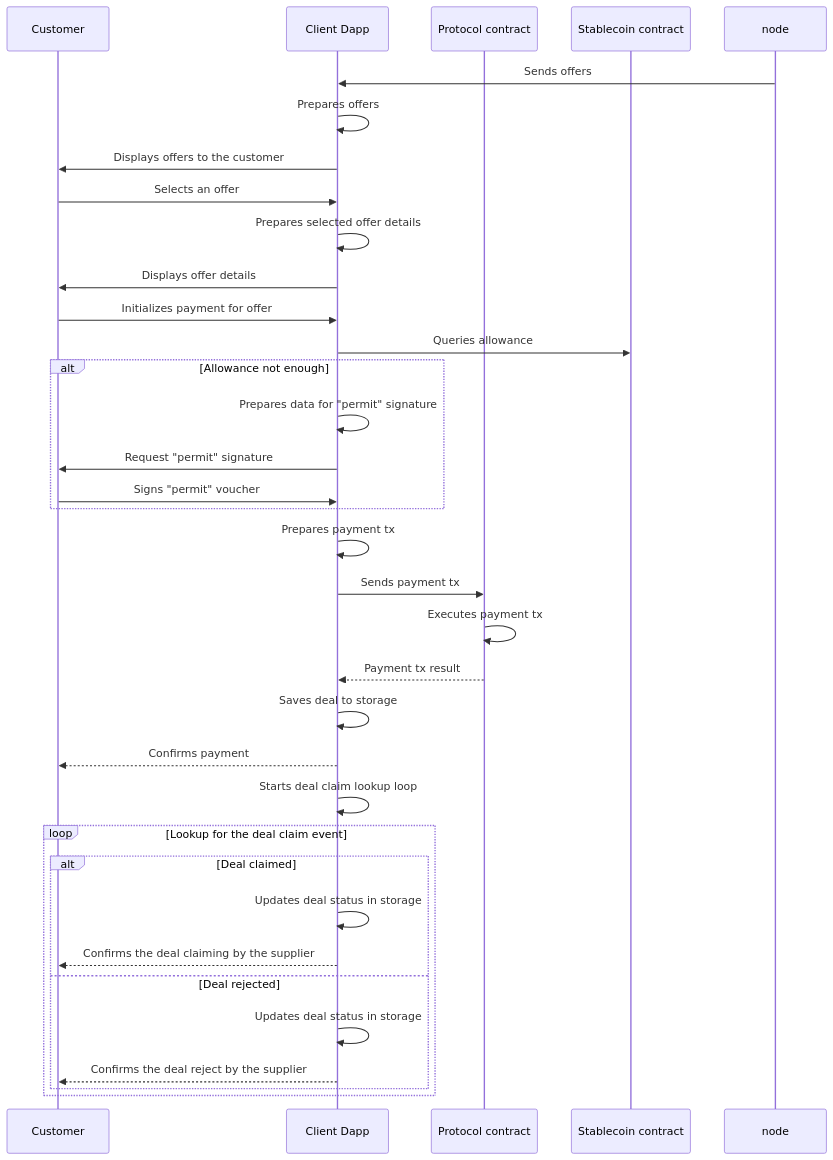
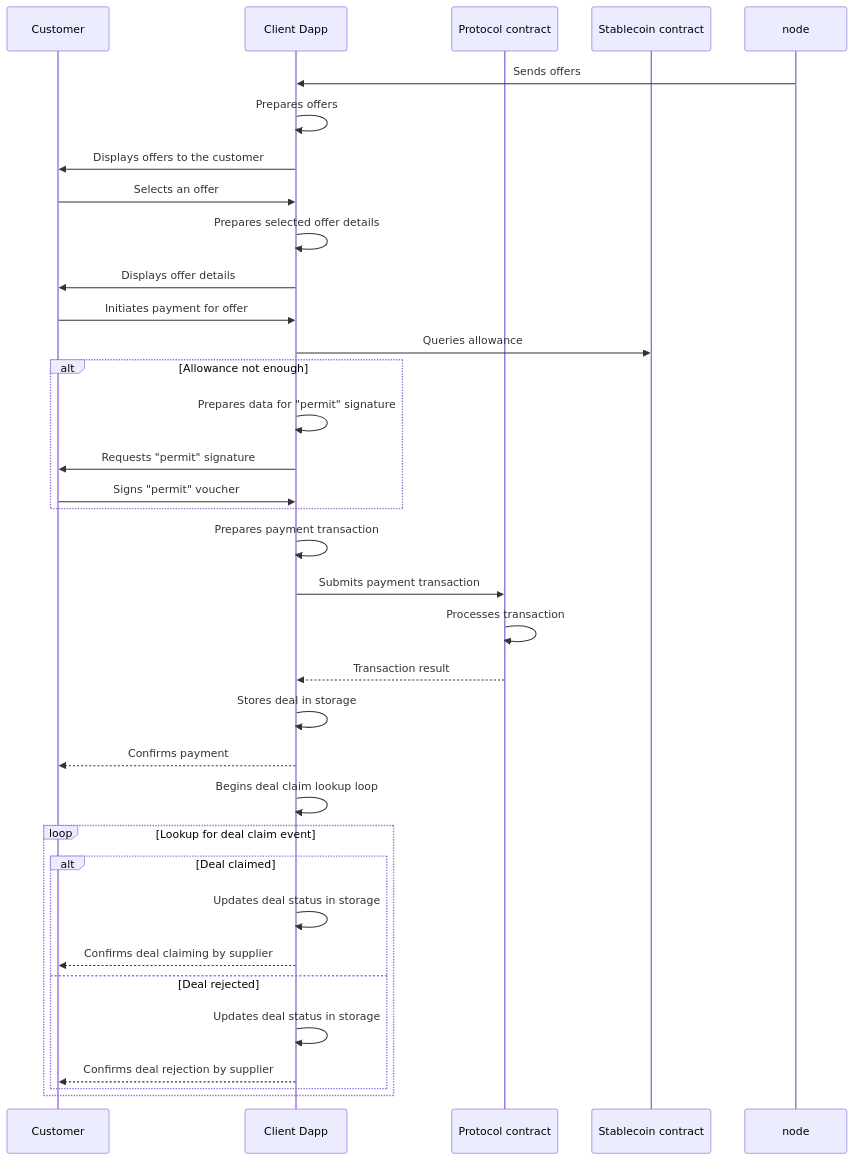
Diagram 13 of 14 in docs/architecture.md (windingtree/mvp), drawn with Mermaid before and after one commit. The commit also changed other lines of this file and 1 other file, not shown here.

Commit message:
docs: ✏️ Added the MVP architecture document

````diff
--- a/docs/architecture.md
+++ b/docs/architecture.md
@@ -504,40 +447,40 @@
 ```mermaid
 sequenceDiagram
   participant customer as Customer
   participant client as Client Dapp
   participant contract as Protocol contract
   participant coin as Stablecoin contract
 
   node->>client: Sends offers
   client->>client: Prepares offers
   client->>customer: Displays offers to the customer
   customer->>client: Selects an offer
   client->>client: Prepares selected offer details
   client->>customer: Displays offer details
-  customer->>client: Initializes payment for offer
+  customer->>client: Initiates payment for offer
   client->>coin: Queries allowance
 
   alt Allowance not enough
     client->>client: Prepares data for "permit" signature
-    client->>customer: Request "permit" signature
+    client->>customer: Requests "permit" signature
     customer->>client: Signs "permit" voucher
   end
 
-  client->>client: Prepares payment tx
-  client->>contract: Sends payment tx
-  contract->>contract: Executes payment tx
-  contract-->>client: Payment tx result
-  client->>client: Saves deal to storage
+  client->>client: Prepares payment transaction
+  client->>contract: Submits payment transaction
+  contract->>contract: Processes transaction
+  contract-->>client: Transaction result
+  client->>client: Stores deal in storage
   client-->>customer: Confirms payment
-  client->>client: Starts deal claim lookup loop
+  client->>client: Begins deal claim lookup loop
 
-  loop Lookup for the deal claim event
+  loop Lookup for deal claim event
     alt Deal claimed
       client->>client: Updates deal status in storage
-      client-->>customer: Confirms the deal claiming by the supplier
+      client-->>customer: Confirms deal claiming by supplier
     else Deal rejected
       client->>client: Updates deal status in storage
-      client-->>customer: Confirms the deal reject by the supplier
+      client-->>customer: Confirms deal rejection by supplier
     end
   end
 ```
````
